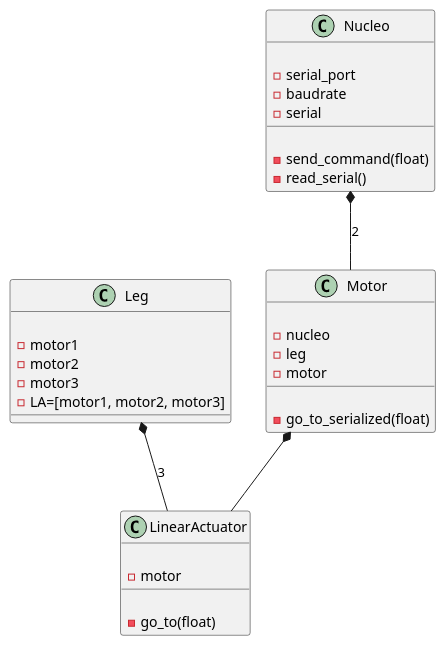
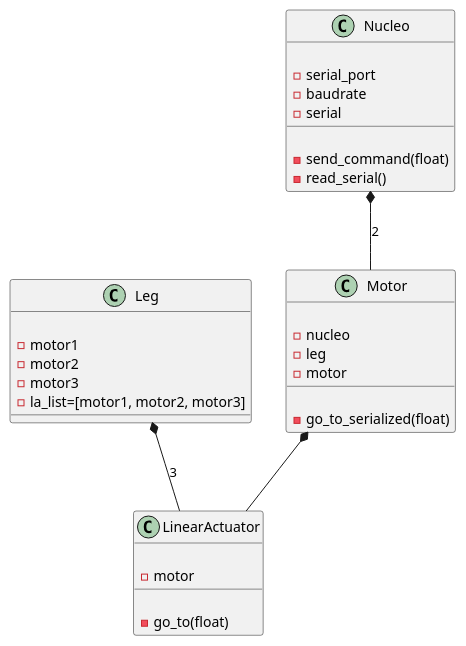
The diagram in diagramme-classe-megabot-controller.wsd (Eirlab/megabot-controller), drawn with PlantUML before and after one commit. The commit also changed 2 other files, not shown here.

```diff
--- a/diagramme-classe-megabot-controller.wsd
+++ b/diagramme-classe-megabot-controller.wsd
@@ -1,41 +1,41 @@
 @startuml classdiag
 
 class Leg {
     {field}
     -motor1
     -motor2
     -motor3
-    -LA=[motor1, motor2, motor3]
+    -la_list=[motor1, motor2, motor3]
 }
 
 class Nucleo {
     {field}
     -serial_port
     -baudrate
     -serial
     {method}
     -send_command(float)
     -read_serial()
 }
 
 class LinearActuator {
     {method}
     -go_to(float)
     {field}
     -motor
 }
 
 class Motor {
     {field}
     -nucleo
     -leg
     -motor
     {method}
     -go_to_serialized(float)
 }
 
 Nucleo *-- Motor: 2
 Leg *-- LinearActuator: 3
 Motor *-- LinearActuator 
 
 @enduml
```
